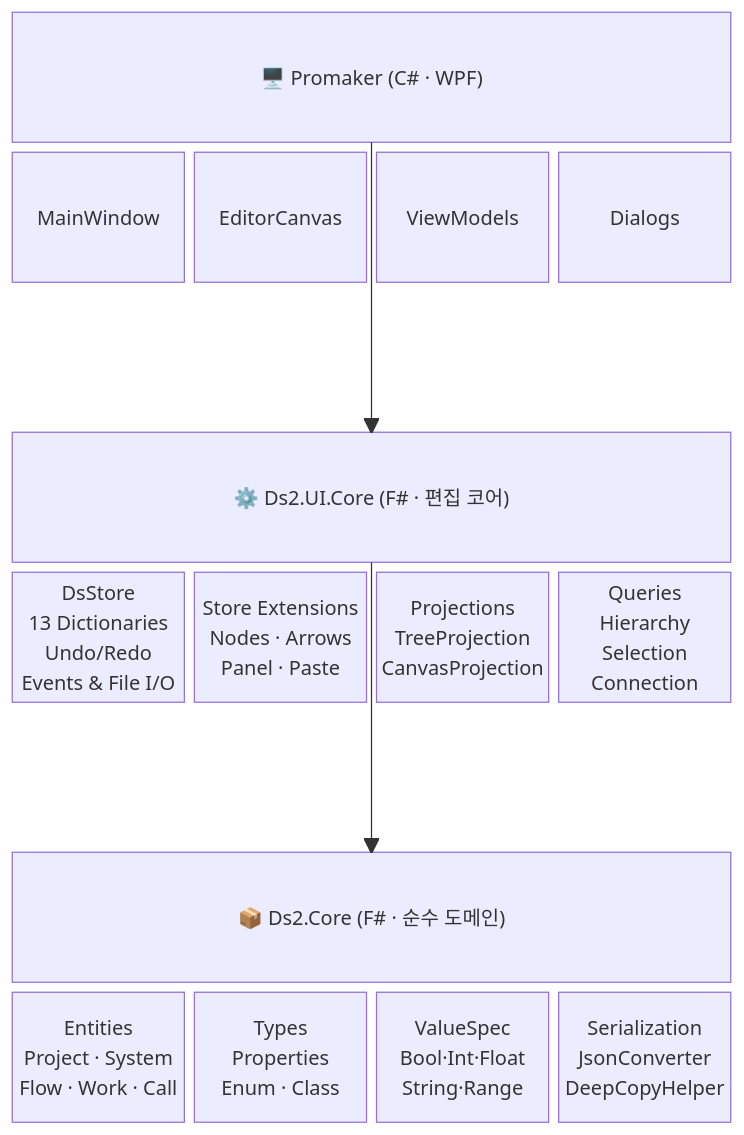
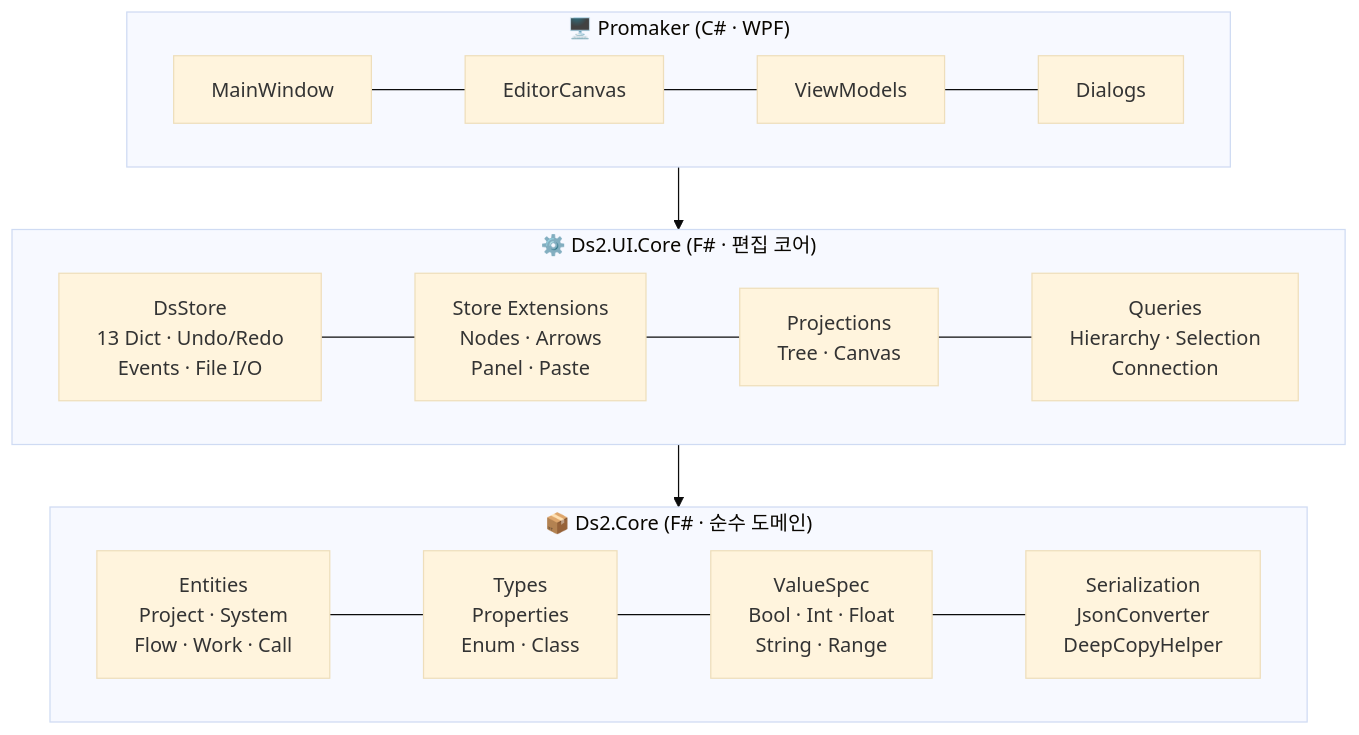
Before and after one commit to DualsoftDev/ds2: the second of 7 diagrams in README.md, drawn with Mermaid. The commit also changed other lines of this file, not shown here.

````diff
--- a/README.md
+++ b/README.md
@@ -43,26 +43,21 @@
 ```mermaid
-block-beta
-  columns 4
+%%{init: {'theme': 'base', 'flowchart': {'curve': 'linear'}}}%%
+flowchart TD
+  subgraph PM_Layer["🖥️ Promaker (C# · WPF)"]
+    direction LR
+    MW["MainWindow"] --- EC["EditorCanvas"] --- VM["ViewModels"] --- DLG["Dialogs"]
+  end
 
-  UITITLE["🖥️ Promaker (C# · WPF)"]:4
-  MW["MainWindow"] EC["EditorCanvas"] VM["ViewModels"] DLG["Dialogs"]
+  subgraph UIC_Layer["⚙️ Ds2.UI.Core (F# · 편집 코어)"]
+    direction LR
+    DS["DsStore\n13 Dict · Undo/Redo\nEvents · File I/O"] --- ST["Store Extensions\nNodes · Arrows\nPanel · Paste"] --- PJ["Projections\nTree · Canvas"] --- QR["Queries\nHierarchy · Selection\nConnection"]
+  end
 
-  space:4
+  subgraph CORE_Layer["📦 Ds2.Core (F# · 순수 도메인)"]
+    direction LR
+    ENT["Entities\nProject · System\nFlow · Work · Call"] --- TYP["Types\nProperties\nEnum · Class"] --- VS["ValueSpec\nBool · Int · Float\nString · Range"] --- SER["Serialization\nJsonConverter\nDeepCopyHelper"]
+  end
 
-  UICORETITLE["⚙️ Ds2.UI.Core (F# · 편집 코어)"]:4
-  DS["DsStore\n13 Dictionaries\nUndo/Redo\nEvents & File I/O"]
-  ST["Store Extensions\nNodes · Arrows\nPanel · Paste"]
-  PJ["Projections\nTreeProjection\nCanvasProjection"]
-  QR["Queries\nHierarchy\nSelection\nConnection"]
-
-  space:4
-
-  CORETITLE["📦 Ds2.Core (F# · 순수 도메인)"]:4
-  ENT["Entities\nProject · System\nFlow · Work · Call"]
-  TYP["Types\nProperties\nEnum · Class"]
-  VS["ValueSpec\nBool·Int·Float\nString·Range"]
-  SER["Serialization\nJsonConverter\nDeepCopyHelper"]
-
-  UITITLE --> UICORETITLE
-  UICORETITLE --> CORETITLE
+  PM_Layer --> UIC_Layer
+  UIC_Layer --> CORE_Layer
 ```
````
